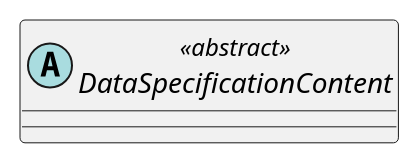
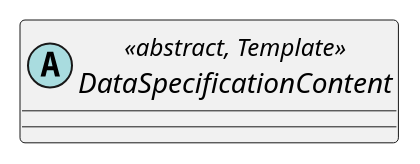
The diagram in documentation/IDTA-01001/modules/ROOT/partials/diagrams/classes/data-specification-content.puml (mhrimaz/aas-specs), drawn with PlantUML before and after one commit.

Commit message:
fix diagram for DataSpecificationContent: add stereotype "Template"

```diff
--- a/documentation/IDTA-01001/modules/ROOT/partials/diagrams/classes/data-specification-content.puml
+++ b/documentation/IDTA-01001/modules/ROOT/partials/diagrams/classes/data-specification-content.puml
@@ -1,4 +1,4 @@
 @startuml
-abstract class DataSpecificationContent <<abstract>> {
+abstract class DataSpecificationContent <<abstract, Template>> {
 }
 @enduml
```
